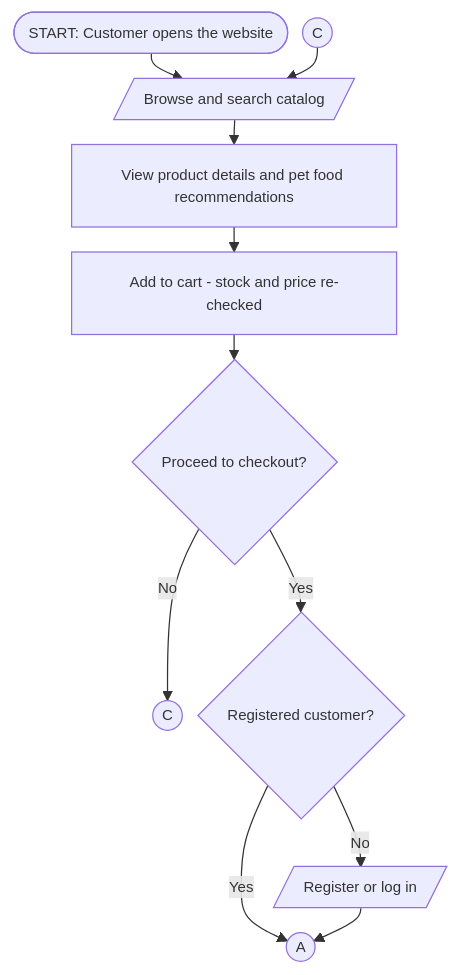
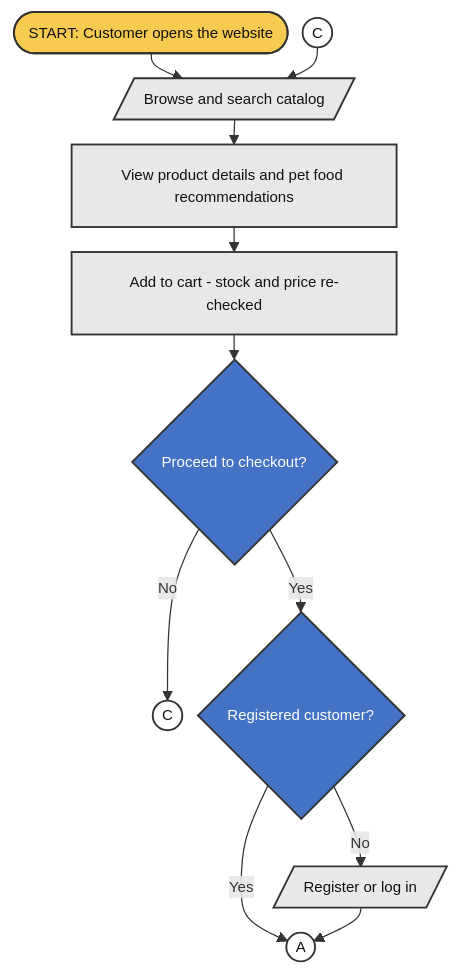
The second of 8 diagrams in docs/system-flowcharts.md (banderitax5/whiskers-prototype), drawn with Mermaid before and after one commit. The commit also changed other lines of this file, not shown here.

Commit message:
docs: capstone color scheme for flowcharts - yellow terminators, blue decisions, gray steps

````diff
--- a/docs/system-flowcharts.md
+++ b/docs/system-flowcharts.md
@@ -38,14 +49,22 @@
 ```mermaid
 %%{init: {"flowchart": {"nodeSpacing": 12, "rankSpacing": 20}, "themeVariables": {"fontSize": "12px"}}}%%
 flowchart TD
     S(["START: Customer opens the website"]) --> B[/Browse and search catalog/]
     KC(("C")) --> B
     B --> V["View product details and pet food recommendations"]
     V --> A["Add to cart - stock and price re-checked"]
     A --> CO{"Proceed to checkout?"}
     CO -- No --> KC2(("C"))
     CO -- Yes --> LG{"Registered customer?"}
     LG -- No --> LR[/Register or log in/]
     LG -- Yes --> KA(("A"))
     LR --> KA
+    classDef term fill:#F6CB4F,stroke:#333333,stroke-width:1.5px,color:#111111
+    classDef proc fill:#E8E8E8,stroke:#333333,stroke-width:1.5px,color:#111111
+    classDef dec fill:#4472C4,stroke:#333333,stroke-width:1.5px,color:#FFFFFF
+    classDef conn fill:#FFFFFF,stroke:#333333,stroke-width:1.5px,color:#111111
+    class S term
+    class CO,LG dec
+    class B,V,A,LR proc
+    class KA,KC,KC2 conn
 ```
````
